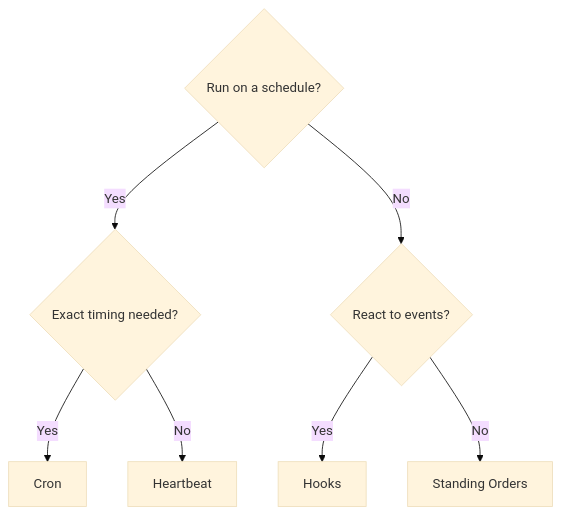
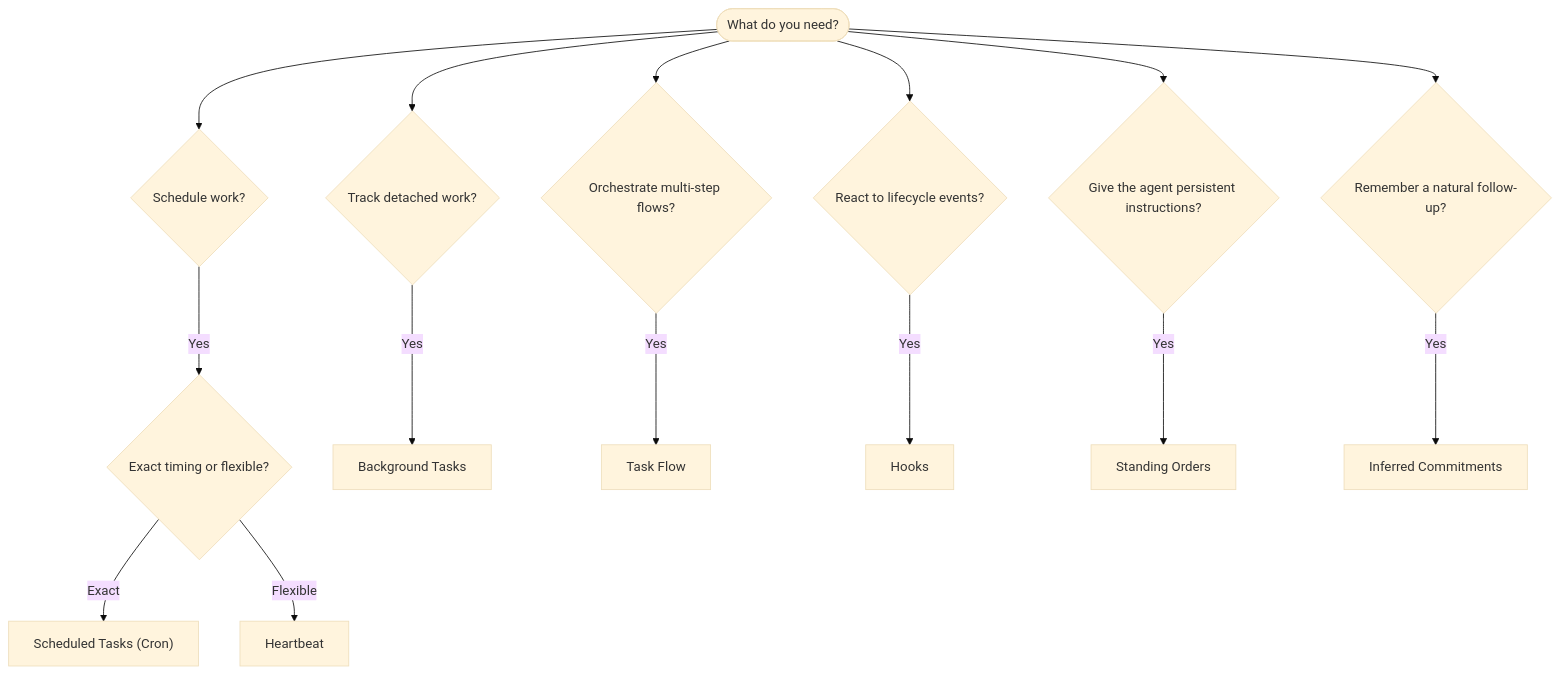
One commit to NightWalkerYang/NightWalker-Test changed the diagram in docs/automation/index.md. Above: the diagram before and after it, drawn with Mermaid (base theme). The commit also changed other lines of this file and 19923 other files, not shown here.

````diff
--- a/docs/automation/index.md
+++ b/docs/automation/index.md
@@ -16,9 +16,19 @@
 ```mermaid
 flowchart TD
-    A{Run on a schedule?} -->|Yes| B{Exact timing needed?}
-    A -->|No| C{React to events?}
-    B -->|Yes| D[Cron]
-    B -->|No| E[Heartbeat]
-    C -->|Yes| F[Hooks]
-    C -->|No| G[Standing Orders]
+    START([What do you need?]) --> Q1{Schedule work?}
+    START --> Q2{Track detached work?}
+    START --> Q3{Orchestrate multi-step flows?}
+    START --> Q4{React to lifecycle events?}
+    START --> Q5{Give the agent persistent instructions?}
+    START --> Q6{Remember a natural follow-up?}
+
+    Q1 -->|Yes| Q1a{Exact timing or flexible?}
+    Q1a -->|Exact| CRON["Scheduled Tasks (Cron)"]
+    Q1a -->|Flexible| HEARTBEAT[Heartbeat]
+
+    Q2 -->|Yes| TASKS[Background Tasks]
+    Q3 -->|Yes| FLOW[Task Flow]
+    Q4 -->|Yes| HOOKS[Hooks]
+    Q5 -->|Yes| SO[Standing Orders]
+    Q6 -->|Yes| COMMITMENTS[Inferred Commitments]
 ```
````
